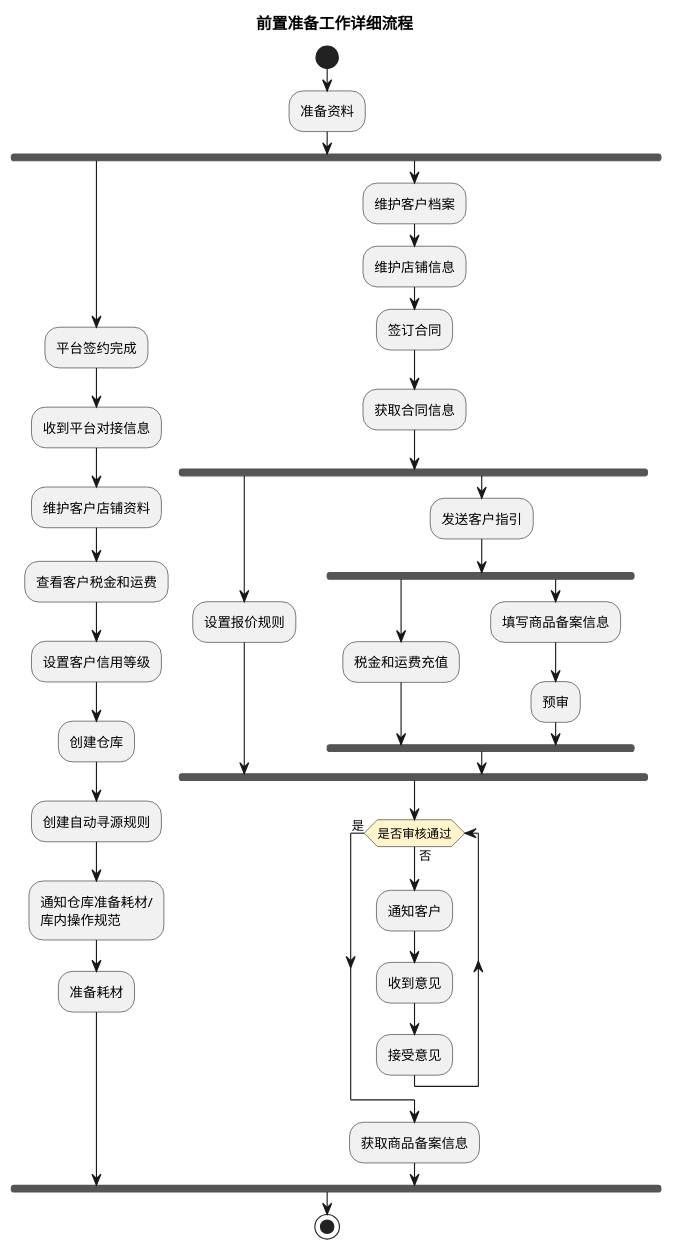
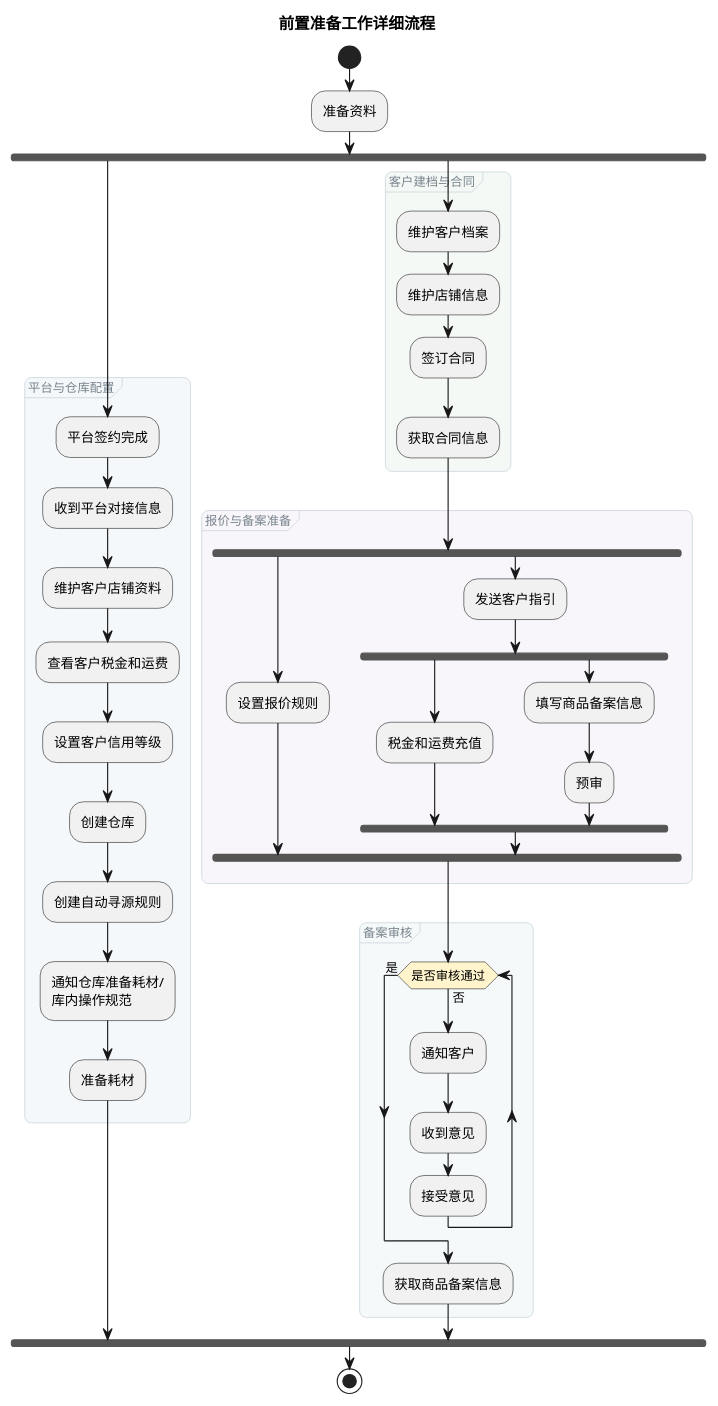
Before and after one commit to jack888332/projects-doc: the first of 2 diagrams in product-caliber/goldjet/segmented-prd/mainflow/PRD.高捷物流系统一期.主流程.02.前置准备与服务开通流程.md, drawn with PlantUML. The commit also changed 16 other files, not shown here.

Commit message:
给DSL图分组

````diff
--- a/product-caliber/goldjet/segmented-prd/mainflow/PRD.高捷物流系统一期.主流程.02.前置准备与服务开通流程.md
+++ b/product-caliber/goldjet/segmented-prd/mainflow/PRD.高捷物流系统一期.主流程.02.前置准备与服务开通流程.md
@@ -12,42 +12,62 @@
 ```plantuml
 @startuml
 skinparam activityDiamondBackgroundColor #FFF4CC
+<style>
+activityDiagram {
+  group {
+    LineColor #CAD5DA
+    LineThickness 0.7
+    RoundCorner 12
+    FontColor #78848D
+    FontSize 11
+    FontStyle plain
+  }
+}
+</style>
 title 前置准备工作详细流程
 start
 :准备资料;
 fork
+group 平台与仓库配置 #F4F8FA {
   :平台签约完成;
   :收到平台对接信息;
   :维护客户店铺资料;
   :查看客户税金和运费;
   :设置客户信用等级;
   :创建仓库;
   :创建自动寻源规则;
   :通知仓库准备耗材/\n库内操作规范;
   :准备耗材;
+}
 fork again
+group 客户建档与合同 #F5F9F6 {
   :维护客户档案;
   :维护店铺信息;
   :签订合同;
   :获取合同信息;
+}
+group 报价与备案准备 #F8F6FA {
   fork
     :设置报价规则;
   fork again
     :发送客户指引;
     fork
       :税金和运费充值;
     fork again
       :填写商品备案信息;
       :预审;
     end fork
   end fork
+}
+group 备案审核 #F5F9FA {
   while (是否审核通过) is (否)
     :通知客户;
     :收到意见;
     :接受意见;
   endwhile (是)
   :获取商品备案信息;
+}
 end fork
 stop
 @enduml
 ```
````
